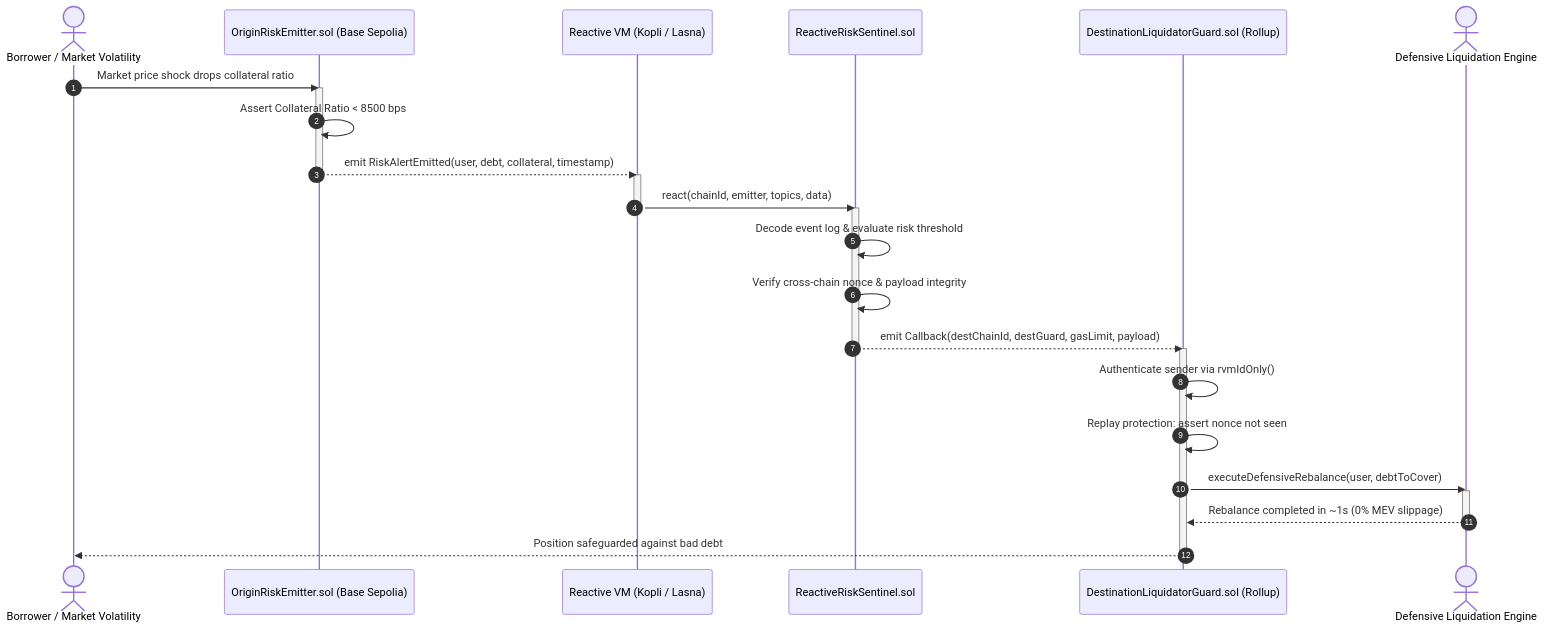
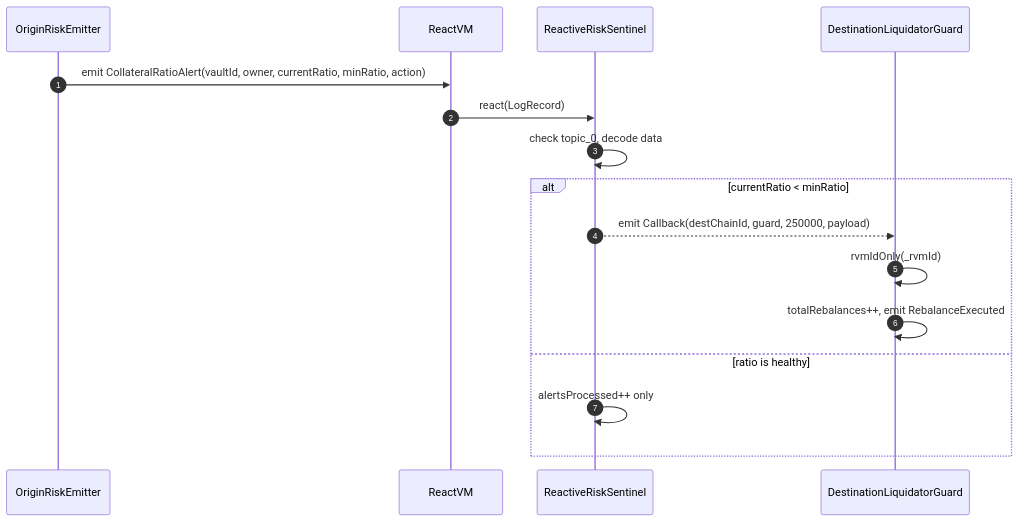
The second of 2 diagrams in README.md (manderson240/reactive-omni-agent), drawn with Mermaid before and after one commit. The commit also changed other lines of this file and 3 other files, not shown here.

````diff
--- a/README.md
+++ b/README.md
@@ -90,36 +141,19 @@
 ```mermaid
 sequenceDiagram
     autonumber
-    actor Borrower as Borrower / Market Volatility
-    participant Origin as OriginRiskEmitter.sol (Base Sepolia)
-    participant RVM as Reactive VM (Kopli / Lasna)
-    participant Sentinel as ReactiveRiskSentinel.sol
-    participant Dest as DestinationLiquidatorGuard.sol (Rollup)
-    actor Liquidator as Defensive Liquidation Engine
+    participant Origin as OriginRiskEmitter
+    participant RVM as ReactVM
+    participant Sentinel as ReactiveRiskSentinel
+    participant Dest as DestinationLiquidatorGuard
 
-    Borrower->>Origin: Market price shock drops collateral ratio
-    activate Origin
-    Origin->>Origin: Assert Collateral Ratio < 8500 bps
-    Origin-->>RVM: emit RiskAlertEmitted(user, debt, collateral, timestamp)
-    deactivate Origin
-
-    activate RVM
-    RVM->>Sentinel: react(chainId, emitter, topics, data)
-    deactivate RVM
-    activate Sentinel
-
-    Sentinel->>Sentinel: Decode event log & evaluate risk threshold
-    Sentinel->>Sentinel: Verify cross-chain nonce & payload integrity
-    Sentinel-->>Dest: emit Callback(destChainId, destGuard, gasLimit, payload)
-    deactivate Sentinel
-
-    activate Dest
-    Dest->>Dest: Authenticate sender via rvmIdOnly()
-    Dest->>Dest: Replay protection: assert nonce not seen
-    Dest->>Liquidator: executeDefensiveRebalance(user, debtToCover)
-    activate Liquidator
-    Liquidator-->>Dest: Rebalance completed in ~1s (0% MEV slippage)
-    deactivate Liquidator
-    Dest-->>Borrower: Position safeguarded against bad debt
-    deactivate Dest
+    Origin->>RVM: emit CollateralRatioAlert(vaultId, owner, currentRatio, minRatio, action)
+    RVM->>Sentinel: react(LogRecord)
+    Sentinel->>Sentinel: check topic_0, decode data
+    alt currentRatio < minRatio
+        Sentinel-->>Dest: emit Callback(destChainId, guard, 250000, payload)
+        Dest->>Dest: rvmIdOnly(_rvmId)
+        Dest->>Dest: totalRebalances++, emit RebalanceExecuted
+    else ratio is healthy
+        Sentinel->>Sentinel: alertsProcessed++ only
+    end
 ```
````
